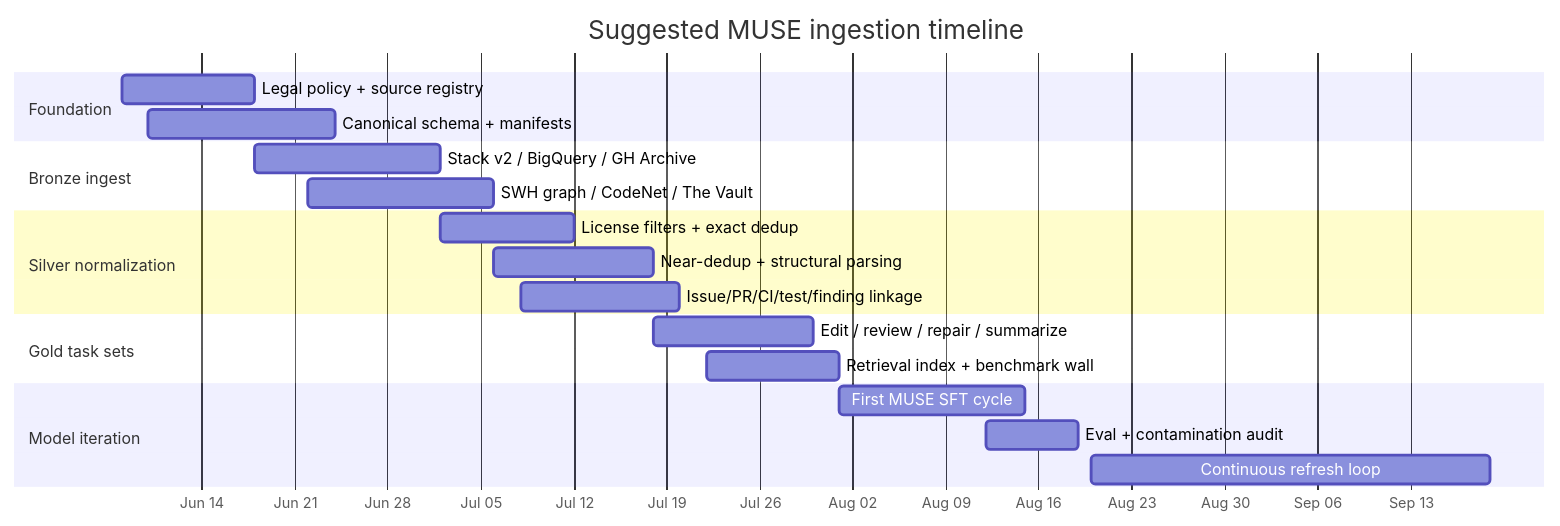
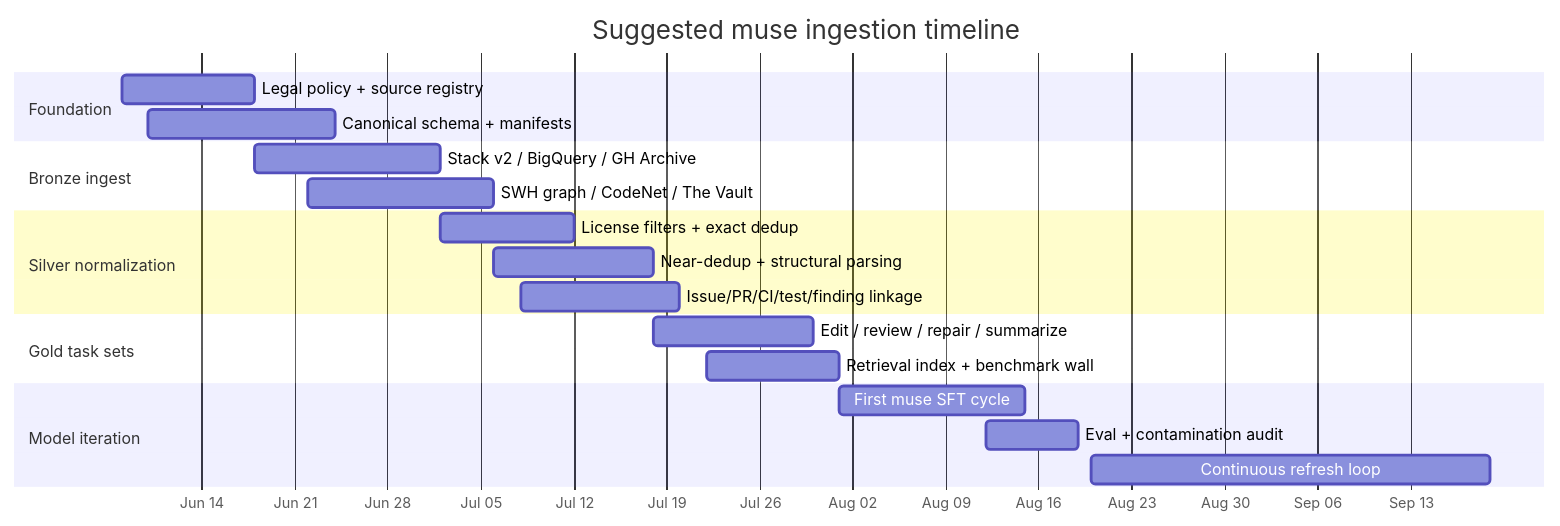
The second of 2 diagrams in docs/ai-intelligence/top-open-data-sources-for-training.md (A-C-I-SOFTWARE-AND-DEVELOPMENT/M.U.S.E), drawn with Mermaid before and after one commit. The commit also changed other lines of this file and 1060 other files, not shown here.

````diff
--- a/docs/ai-intelligence/top-open-data-sources-for-training.md
+++ b/docs/ai-intelligence/top-open-data-sources-for-training.md
@@ -159,23 +159,23 @@
 ```mermaid
 gantt
-    title Suggested MUSE ingestion timeline
+    title Suggested muse ingestion timeline
     dateFormat  YYYY-MM-DD
     axisFormat  %b %d
     section Foundation
     Legal policy + source registry     :a1, 2026-06-08, 10d
     Canonical schema + manifests        :a2, 2026-06-10, 14d
     section Bronze ingest
     Stack v2 / BigQuery / GH Archive    :b1, 2026-06-18, 14d
     SWH graph / CodeNet / The Vault     :b2, 2026-06-22, 14d
     section Silver normalization
     License filters + exact dedup       :c1, 2026-07-02, 10d
     Near-dedup + structural parsing     :c2, 2026-07-06, 12d
     Issue/PR/CI/test/finding linkage    :c3, 2026-07-08, 12d
     section Gold task sets
     Edit / review / repair / summarize  :d1, 2026-07-18, 12d
     Retrieval index + benchmark wall    :d2, 2026-07-22, 10d
     section Model iteration
-    First MUSE SFT cycle              :e1, 2026-08-01, 14d
+    First muse SFT cycle              :e1, 2026-08-01, 14d
     Eval + contamination audit          :e2, 2026-08-12, 7d
     Continuous refresh loop             :e3, 2026-08-20, 30d
 ```
````
